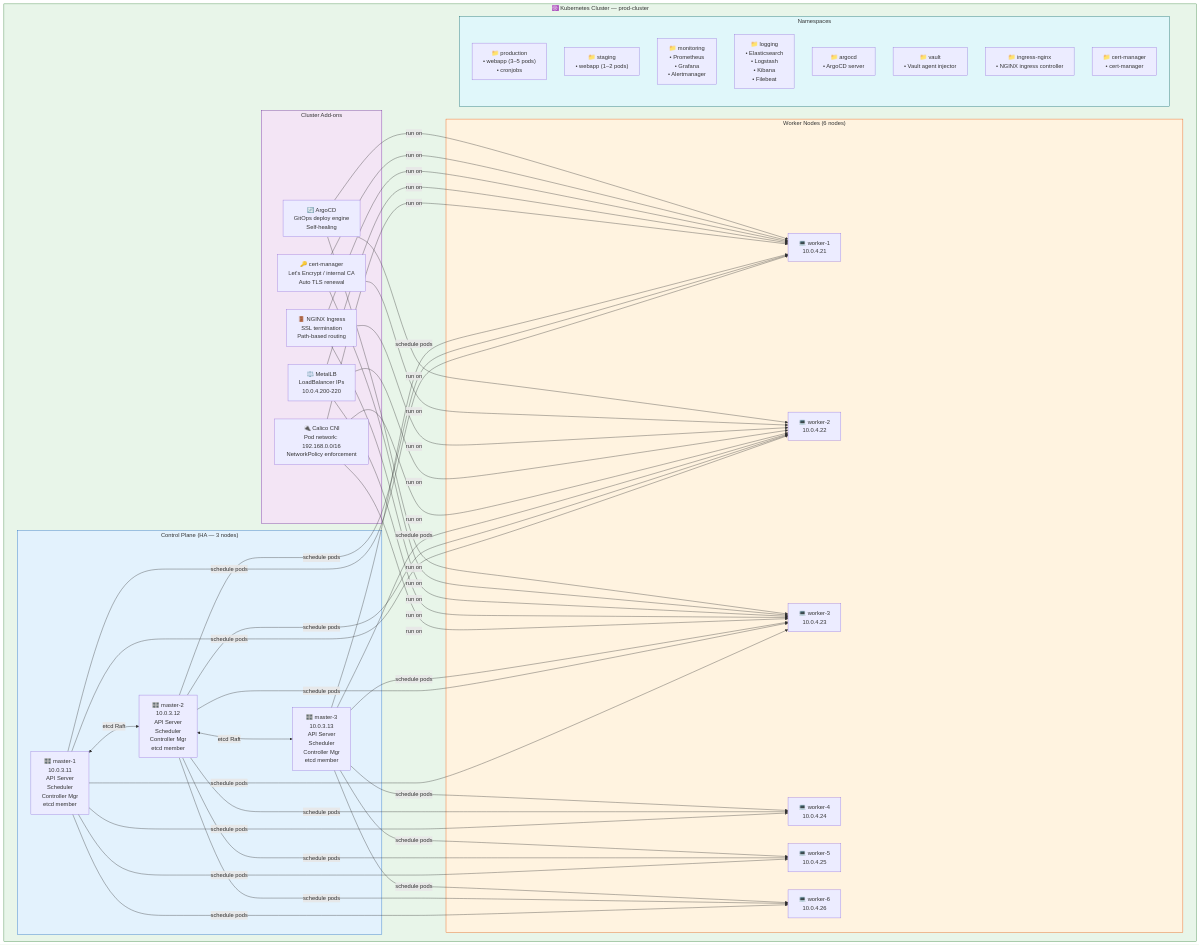
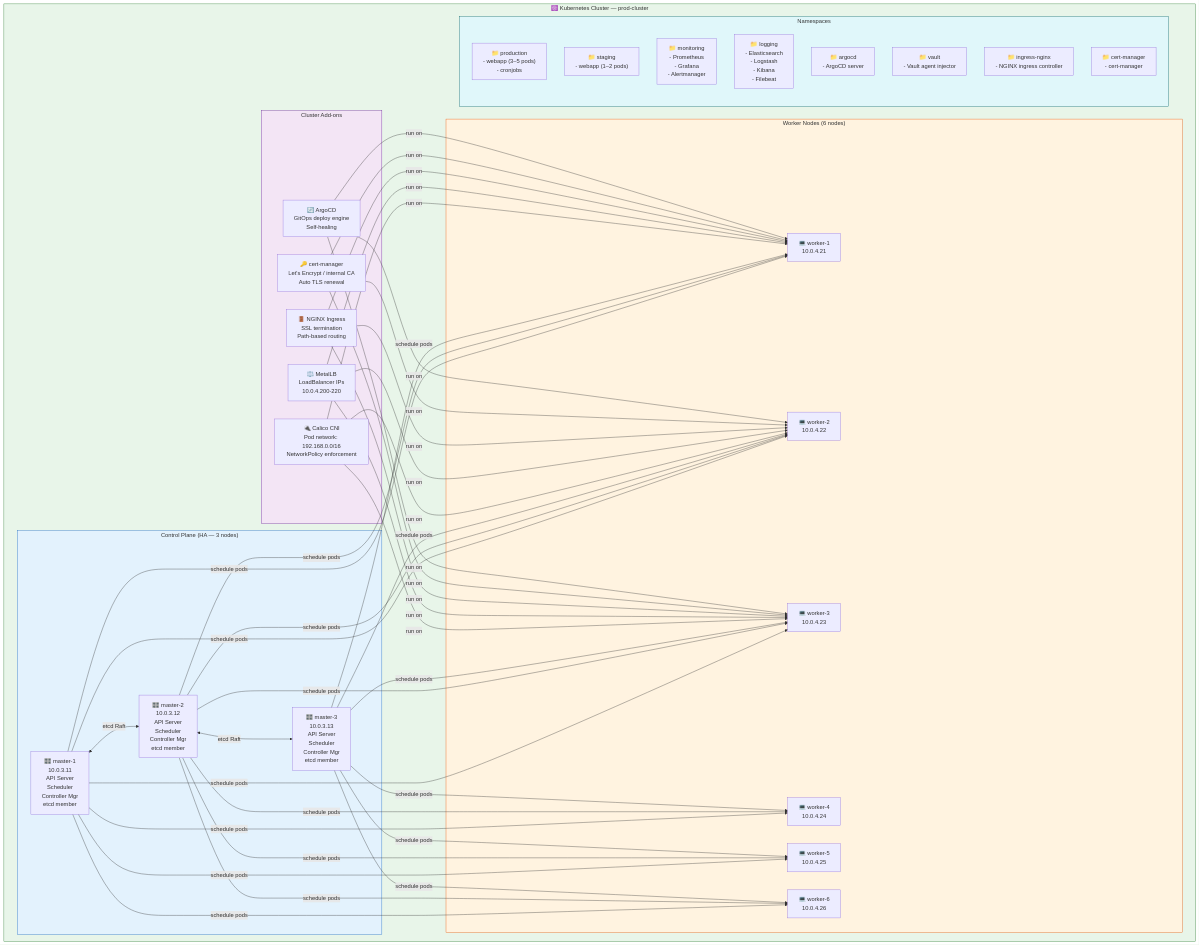
Before and after one commit to Shasi19/Azure-VxRail-VMware-Migration: the diagram in docs/Volume-4-Kubernetes-Platform/01-Kubernetes-Setup-Guide.md, drawn with Mermaid. The commit also changed 7 other files, not shown here.

First line of the commit message:
Fix Mermaid render issues: simplify complex diagrams, remove emoji from labels, fix special chars

````diff
--- a/docs/Volume-4-Kubernetes-Platform/01-Kubernetes-Setup-Guide.md
+++ b/docs/Volume-4-Kubernetes-Platform/01-Kubernetes-Setup-Guide.md
@@ -8,48 +8,48 @@
 ```mermaid
 graph TB
     subgraph CLUSTER["☸️ Kubernetes Cluster — prod-cluster"]
         subgraph CP["Control Plane (HA — 3 nodes)"]
             CP1["🎛️ master-1\n10.0.3.11\nAPI Server\nScheduler\nController Mgr\netcd member"]
             CP2["🎛️ master-2\n10.0.3.12\nAPI Server\nScheduler\nController Mgr\netcd member"]
             CP3["🎛️ master-3\n10.0.3.13\nAPI Server\nScheduler\nController Mgr\netcd member"]
         end
 
         subgraph ADDONS["Cluster Add-ons"]
             CNI["🔌 Calico CNI\nPod network: 192.168.0.0/16\nNetworkPolicy enforcement"]
             MLB["⚖️ MetalLB\nLoadBalancer IPs\n10.0.4.200-220"]
             ING["🚪 NGINX Ingress\nSSL termination\nPath-based routing"]
             CERT["🔑 cert-manager\nLet's Encrypt / internal CA\nAuto TLS renewal"]
             ARGO["🔄 ArgoCD\nGitOps deploy engine\nSelf-healing"]
         end
 
         subgraph WORKERS["Worker Nodes (6 nodes)"]
             W1["💻 worker-1\n10.0.4.21"]
             W2["💻 worker-2\n10.0.4.22"]
             W3["💻 worker-3\n10.0.4.23"]
             W4["💻 worker-4\n10.0.4.24"]
             W5["💻 worker-5\n10.0.4.25"]
             W6["💻 worker-6\n10.0.4.26"]
         end
 
         subgraph NAMESPACES["Namespaces"]
-            NS1["📁 production\n• webapp (3–5 pods)\n• cronjobs"]
-            NS2["📁 staging\n• webapp (1–2 pods)"]
-            NS3["📁 monitoring\n• Prometheus\n• Grafana\n• Alertmanager"]
-            NS4["📁 logging\n• Elasticsearch\n• Logstash\n• Kibana\n• Filebeat"]
-            NS5["📁 argocd\n• ArgoCD server"]
-            NS6["📁 vault\n• Vault agent injector"]
-            NS7["📁 ingress-nginx\n• NGINX ingress controller"]
-            NS8["📁 cert-manager\n• cert-manager"]
+            NS1["📁 production\n- webapp (3–5 pods)\n- cronjobs"]
+            NS2["📁 staging\n- webapp (1–2 pods)"]
+            NS3["📁 monitoring\n- Prometheus\n- Grafana\n- Alertmanager"]
+            NS4["📁 logging\n- Elasticsearch\n- Logstash\n- Kibana\n- Filebeat"]
+            NS5["📁 argocd\n- ArgoCD server"]
+            NS6["📁 vault\n- Vault agent injector"]
+            NS7["📁 ingress-nginx\n- NGINX ingress controller"]
+            NS8["📁 cert-manager\n- cert-manager"]
         end
     end
 
     CP1 <-->|etcd Raft| CP2 <-->|etcd Raft| CP3
     CP1 & CP2 & CP3 -->|schedule pods| W1 & W2 & W3 & W4 & W5 & W6
     CNI & MLB & ING & CERT & ARGO -->|run on| W1 & W2 & W3
 
     style CLUSTER fill:#e8f5e9,stroke:#2e7d32
     style CP fill:#e3f2fd,stroke:#1565c0
     style ADDONS fill:#f3e5f5,stroke:#6a1b9a
     style WORKERS fill:#fff3e0,stroke:#e65100
     style NAMESPACES fill:#e0f7fa,stroke:#006064
 ```
````
